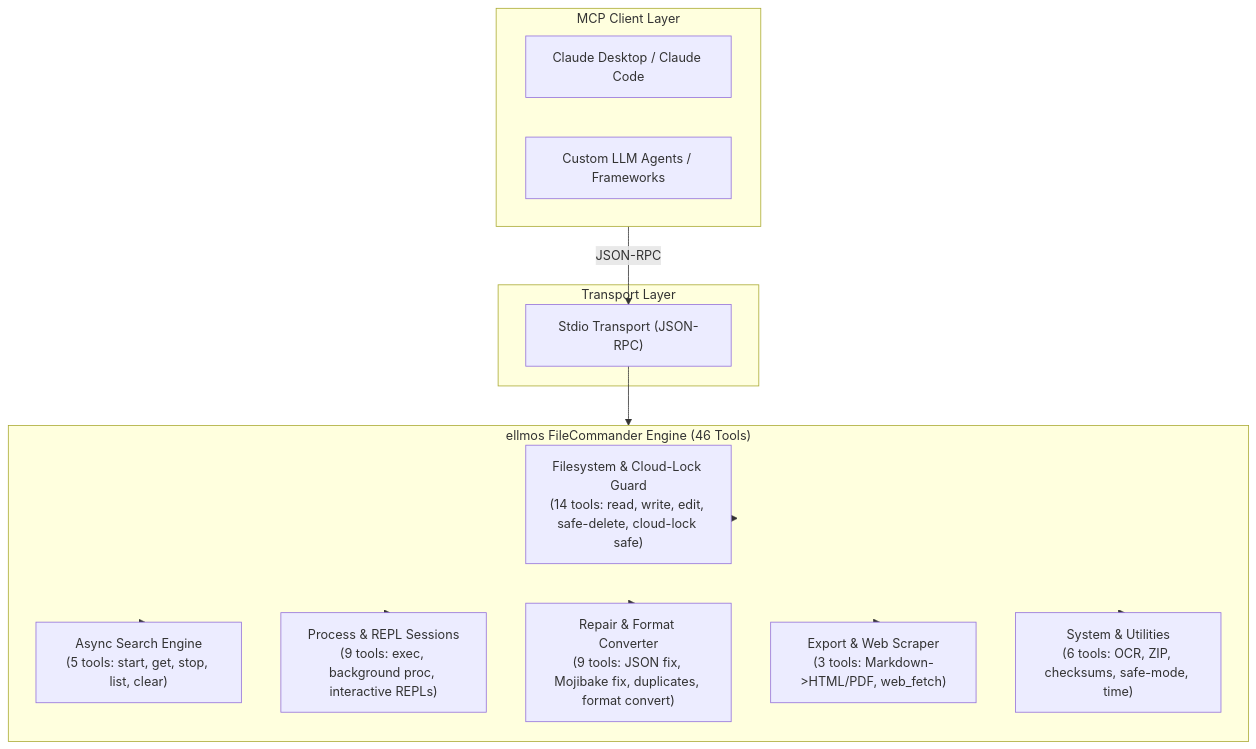
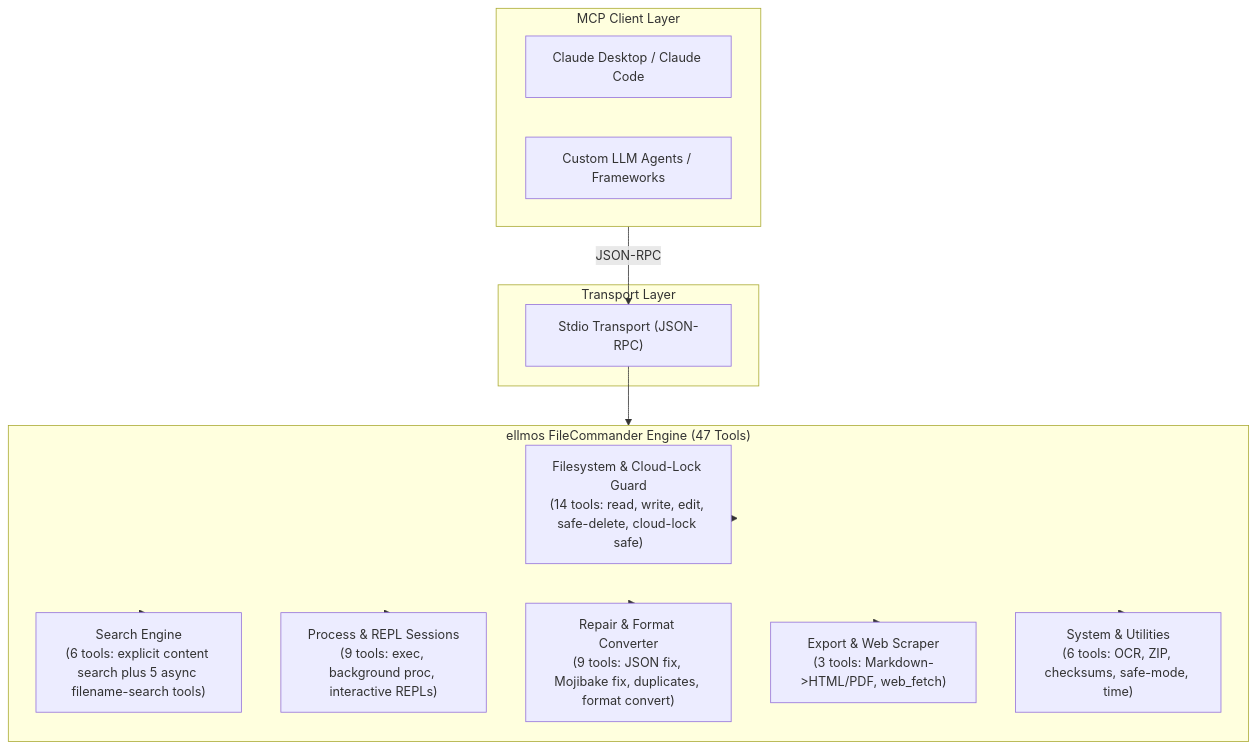
The diagram in README.md (ellmos-ai/ellmos-filecommander-mcp), drawn with Mermaid before and after one commit. The commit also changed other lines of this file and 19 other files, not shown here.

Commit message:
feat: add bounded explicit-file content search

````diff
--- a/README.md
+++ b/README.md
@@ -53,29 +54,29 @@
 ```mermaid
 flowchart TD
     subgraph Client["MCP Client Layer"]
         Claude["Claude Desktop / Claude Code"]
         Custom["Custom LLM Agents / Frameworks"]
     end
 
     subgraph Transport["Transport Layer"]
         Stdio["Stdio Transport (JSON-RPC)"]
     end
 
-    subgraph Core["ellmos FileCommander Engine (46 Tools)"]
+    subgraph Core["ellmos FileCommander Engine (47 Tools)"]
         FS["Filesystem & Cloud-Lock Guard\n(14 tools: read, write, edit, safe-delete, cloud-lock safe)"]
-        Search["Async Search Engine\n(5 tools: start, get, stop, list, clear)"]
+        Search["Search Engine\n(6 tools: explicit content search plus 5 async filename-search tools)"]
         Proc["Process & REPL Sessions\n(9 tools: exec, background proc, interactive REPLs)"]
         Repair["Repair & Format Converter\n(9 tools: JSON fix, Mojibake fix, duplicates, format convert)"]
         Export["Export & Web Scraper\n(3 tools: Markdown->HTML/PDF, web_fetch)"]
         Sys["System & Utilities\n(6 tools: OCR, ZIP, checksums, safe-mode, time)"]
     end
 
     Client -->|JSON-RPC| Stdio
     Stdio --> Core
     Core --> FS
     Core --> Search
     Core --> Proc
     Core --> Repair
     Core --> Export
     Core --> Sys
 ```
````
